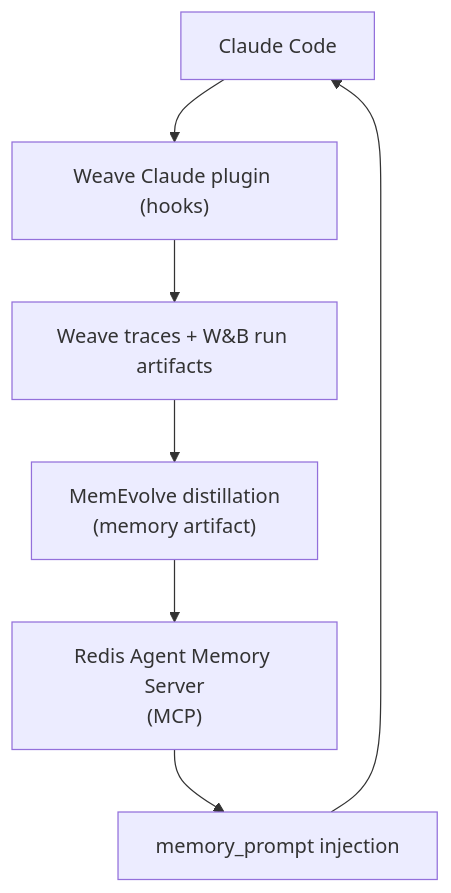
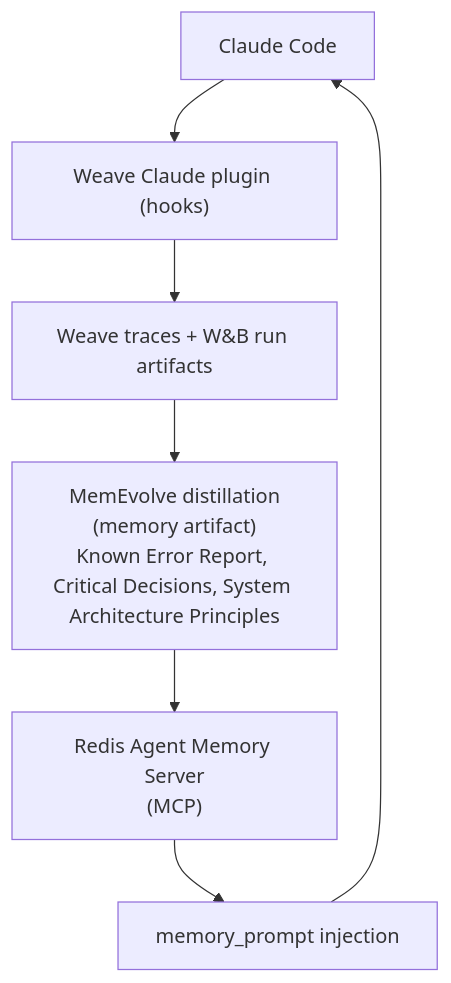
Before and after one commit to kirilligum/we-ve-been-through-this-weave-hackathon-260131: the diagram in README.md, drawn with Mermaid. The commit also changed 21 other files, not shown here.

````diff
--- a/README.md
+++ b/README.md
@@ -29,9 +29,9 @@
 ```mermaid
 flowchart TD
   A["Claude Code"] --> B["Weave Claude plugin (hooks)"]
   B --> C["Weave traces + W&B run artifacts"]
-  C --> D["MemEvolve distillation<br/>(memory artifact)"]
+  C --> D["MemEvolve distillation<br/>(memory artifact)<br/>Known Error Report, Critical Decisions, System Architecture Principles"]
   D --> E["Redis Agent Memory Server<br/>(MCP)"]
   E --> F["memory_prompt injection"]
   F --> A
 ```
````
